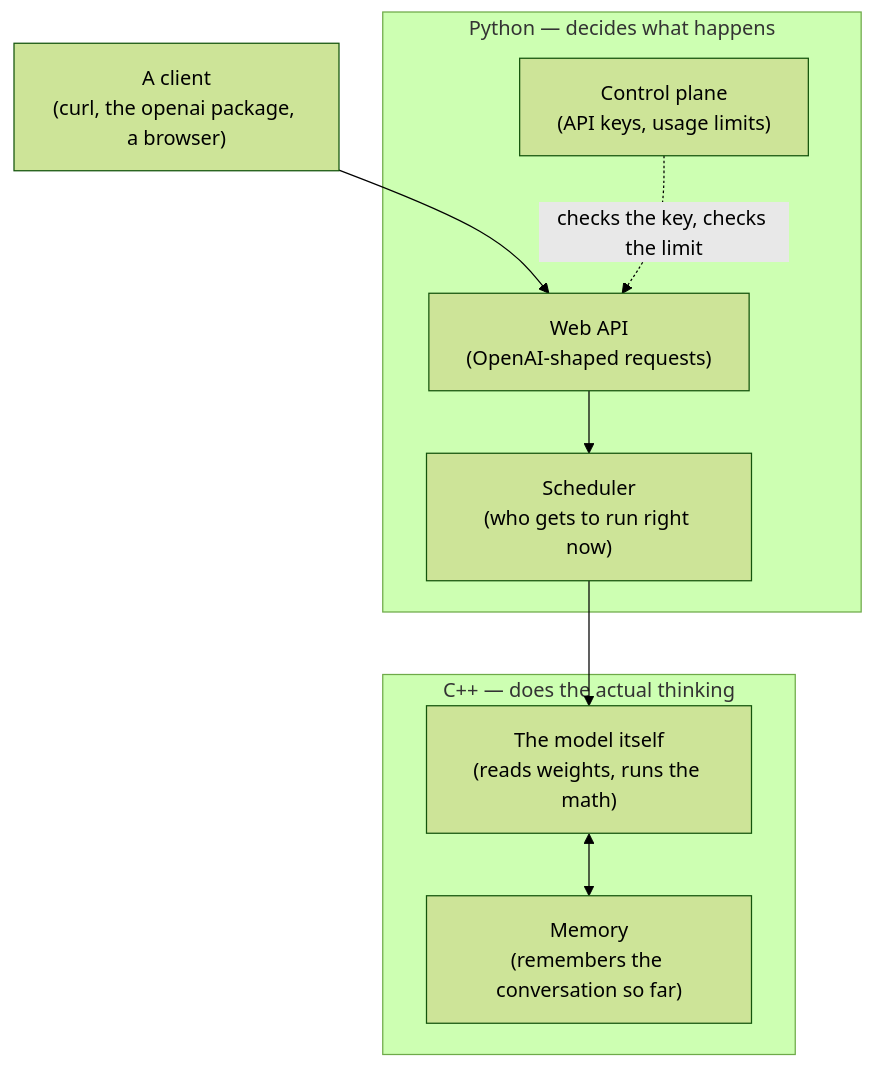
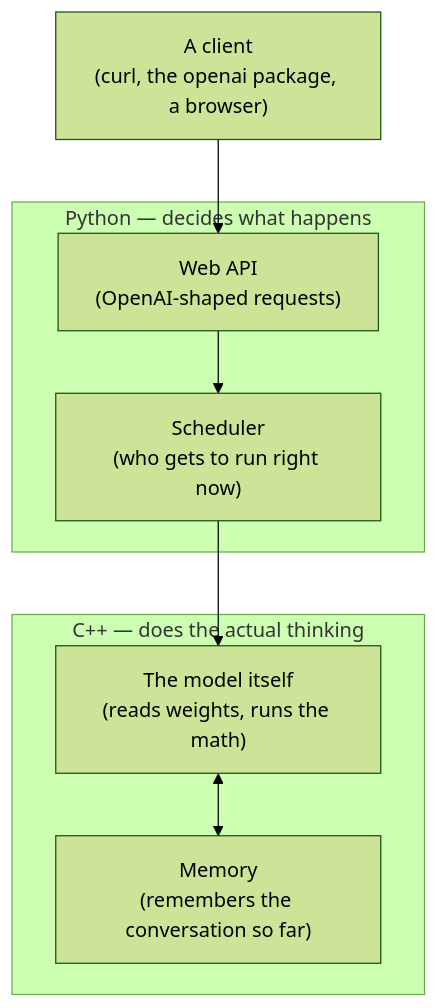
Before and after one commit to AshrafAhmed9/kiln: the diagram in README.md, drawn with Mermaid (forest theme). The commit also changed other lines of this file, not shown here.

Commit message:
Remove remaining control-plane references from README (diagram, feature list, prefix-cache note)

````diff
--- a/README.md
+++ b/README.md
@@ -100,19 +99,17 @@
 ```mermaid
 flowchart TD
     client["A client<br/>(curl, the openai package, a browser)"]
 
     subgraph py ["Python — decides what happens"]
         API["Web API<br/>(OpenAI-shaped requests)"]
         SCHED["Scheduler<br/>(who gets to run right now)"]
-        CP["Control plane<br/>(API keys, usage limits)"]
     end
 
     subgraph cpp ["C++ — does the actual thinking"]
         MODEL["The model itself<br/>(reads weights, runs the math)"]
         MEM["Memory<br/>(remembers the conversation so far)"]
     end
 
     client --> API --> SCHED --> MODEL
-    CP -.->|checks the key, checks the limit| API
     MODEL <--> MEM
 ```
````
